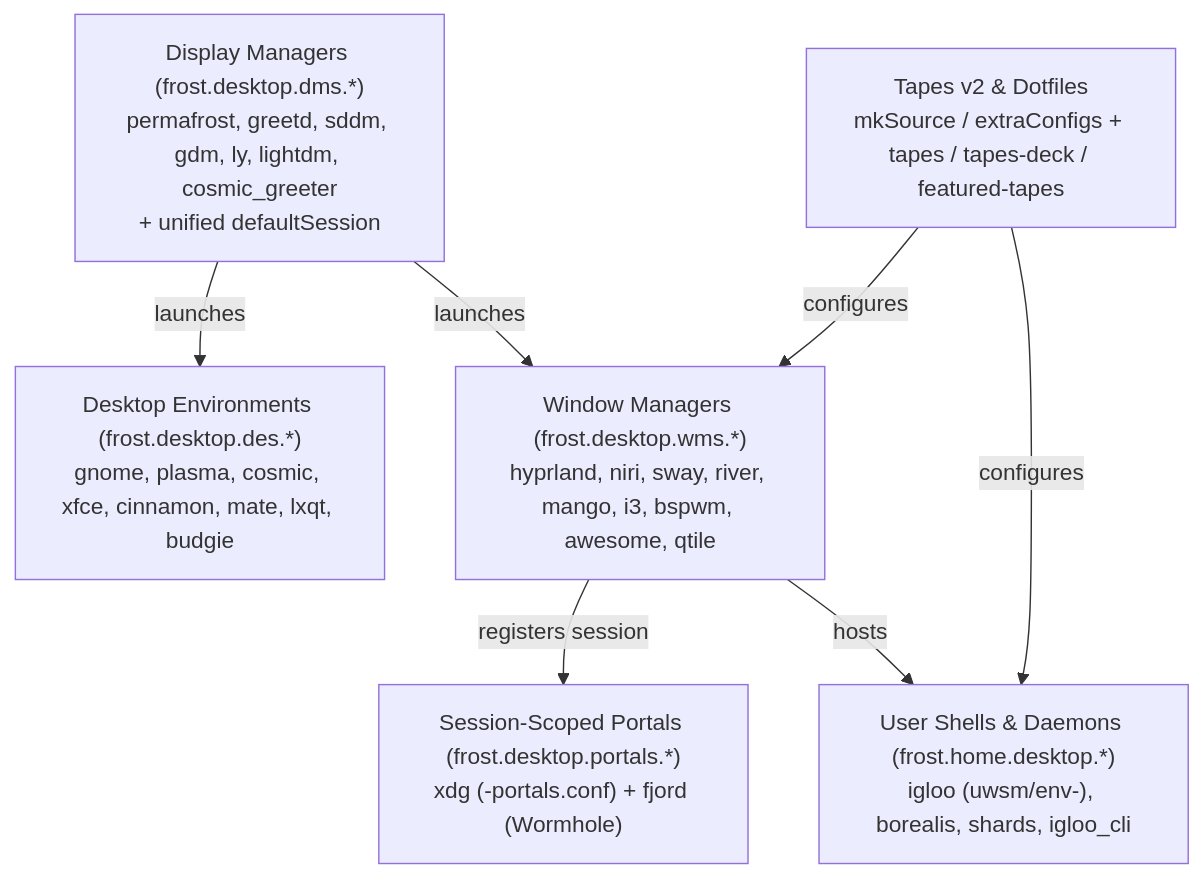
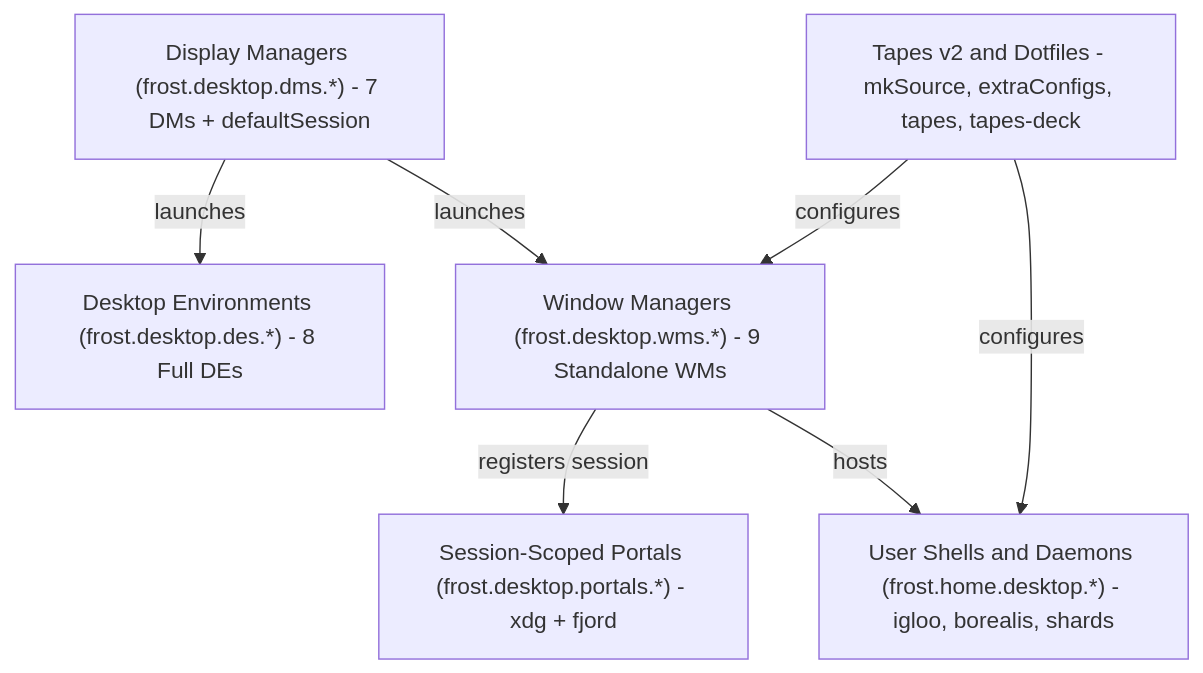
One commit to SpanishSyntax/Frost changed the second of 3 diagrams in docs/architecture.md. Above: the diagram before and after it, drawn with Mermaid. The commit also changed other lines of this file and 1 other file, not shown here.

Commit message:
fix(docs): use safe DOM textContent Mermaid rendering and sanitize diagram labels

````diff
--- a/docs/architecture.md
+++ b/docs/architecture.md
@@ -95,16 +95,16 @@
 ```mermaid
 graph TD
-    DM["Display Managers (frost.desktop.dms.*)<br/>permafrost, greetd, sddm, gdm, ly, lightdm, cosmic_greeter<br/>+ unified defaultSession"]
-    DE["Desktop Environments (frost.desktop.des.*)<br/>gnome, plasma, cosmic, xfce, cinnamon, mate, lxqt, budgie"]
-    WM["Window Managers (frost.desktop.wms.*)<br/>hyprland, niri, sway, river, mango, i3, bspwm, awesome, qtile"]
-    Portals["Session-Scoped Portals (frost.desktop.portals.*)<br/>xdg (<session>-portals.conf) + fjord (Wormhole)"]
-    Shells["User Shells & Daemons (frost.home.desktop.*)<br/>igloo (uwsm/env-<compositor>), borealis, shards, igloo_cli"]
-    Tapes["Tapes v2 & Dotfiles<br/>mkSource / extraConfigs + tapes / tapes-deck / featured-tapes"]
+    DM["Display Managers (frost.desktop.dms.*) - 7 DMs + defaultSession"]
+    DE["Desktop Environments (frost.desktop.des.*) - 8 Full DEs"]
+    WM["Window Managers (frost.desktop.wms.*) - 9 Standalone WMs"]
+    Portals["Session-Scoped Portals (frost.desktop.portals.*) - xdg + fjord"]
+    Shells["User Shells and Daemons (frost.home.desktop.*) - igloo, borealis, shards"]
+    Tapes["Tapes v2 and Dotfiles - mkSource, extraConfigs, tapes, tapes-deck"]
 
     DM -->|launches| DE
     DM -->|launches| WM
     WM -->|registers session| Portals
     WM -->|hosts| Shells
     Tapes -->|configures| Shells
     Tapes -->|configures| WM
 ```
````
